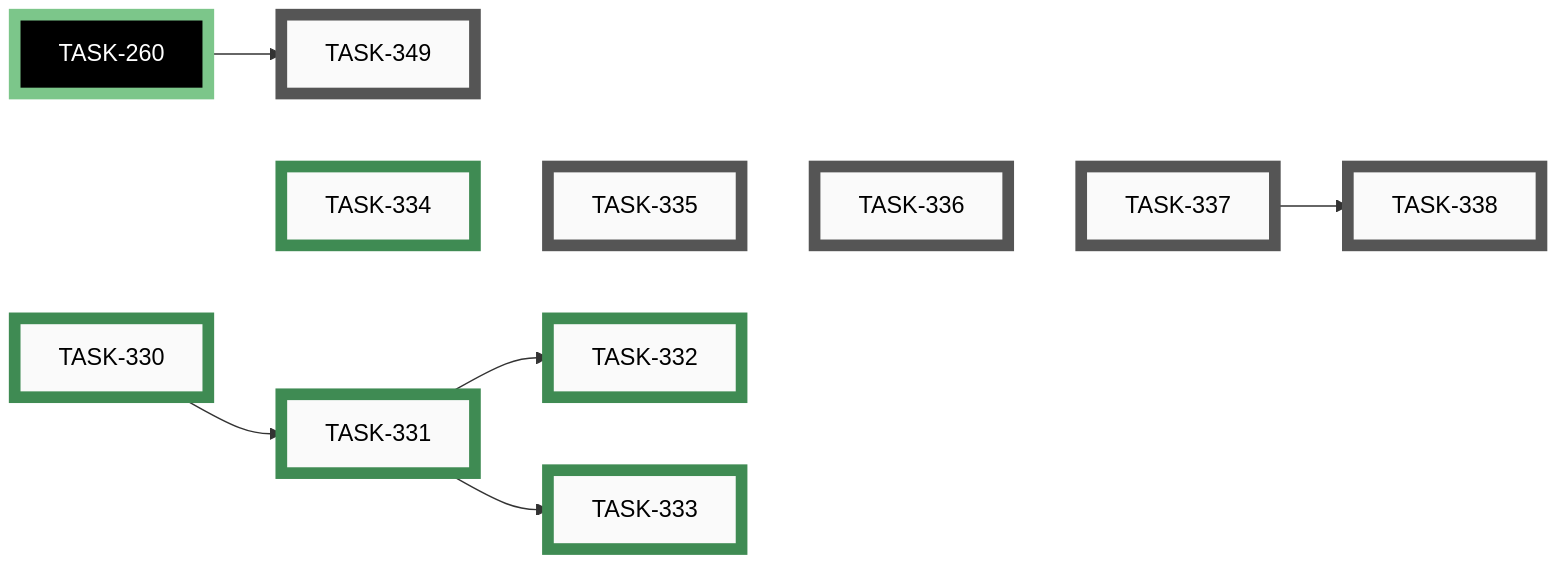
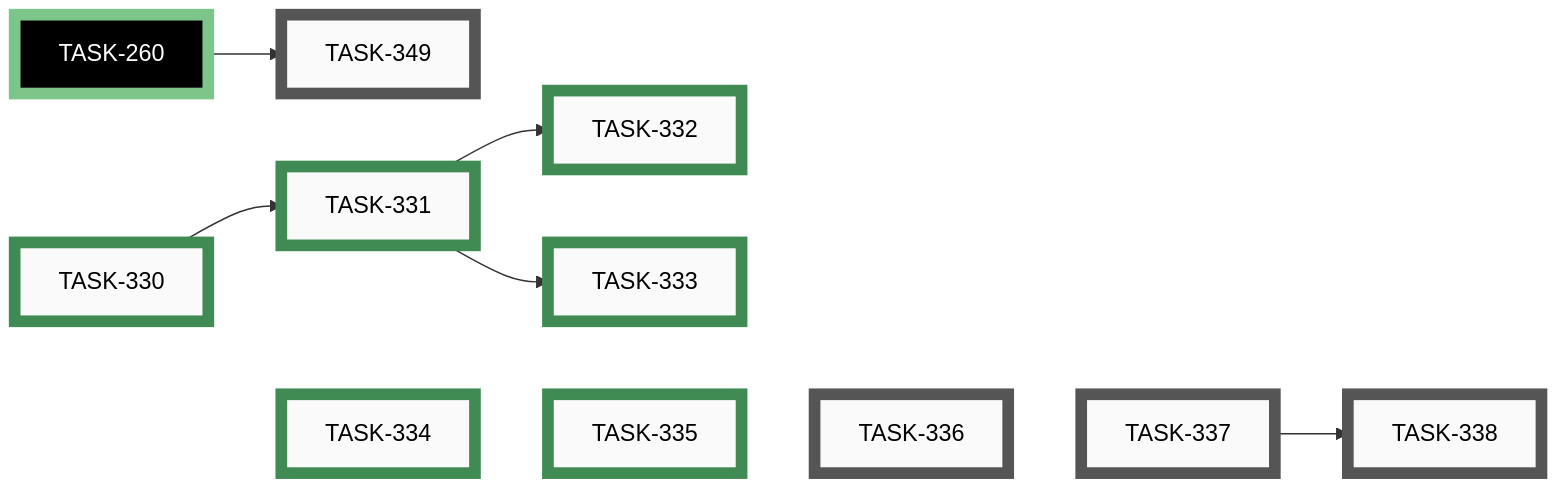
The eighth of 10 diagrams in docs/developers/tasks/EPICS.md (tgd1975/AwesomeStudioPedal), drawn with Mermaid before and after one commit. The commit also changed other lines of this file and 15 other files, not shown here.

First line of the commit message:
close TASK-335: Add connection status strip and details sheet

````diff
--- a/docs/developers/tasks/EPICS.md
+++ b/docs/developers/tasks/EPICS.md
@@ -296,39 +296,39 @@
 ```mermaid
 graph LR
-    TASK_335["TASK-335"]:::open
     TASK_336["TASK-336"]:::open
     TASK_337["TASK-337"]:::open
     TASK_338["TASK-338"]:::open
     TASK_349["TASK-349"]:::open
     TASK_330["TASK-330"]:::closed
     TASK_331["TASK-331"]:::closed
     TASK_332["TASK-332"]:::closed
     TASK_333["TASK-333"]:::closed
     TASK_334["TASK-334"]:::closed
+    TASK_335["TASK-335"]:::closed
     TASK_260["TASK-260"]:::closedExt
     TASK_337 --> TASK_338
     TASK_260 --> TASK_349
     TASK_330 --> TASK_331
     TASK_331 --> TASK_332
     TASK_331 --> TASK_333
     TASK_330 ~~~ TASK_334 ~~~ TASK_335 ~~~ TASK_336 ~~~ TASK_337
-    click TASK_335 "open/task-335-add-connection-status-strip-and-details-sheet.md"
     click TASK_336 "open/task-336-add-connected-pedal-page-board-only.md"
     click TASK_337 "open/task-337-firmware-expose-version-config-active-profile.md"
     click TASK_338 "open/task-338-add-hid-display-table-and-live-keystroke-page.md"
     click TASK_349 "open/task-349-display-unified-version-in-mobile-app.md"
     click TASK_330 "closed/task-330-decide-content-page-open-questions.md"
     click TASK_331 "closed/task-331-add-info-about-page.md"
     click TASK_332 "closed/task-332-add-howto-quickstart-page.md"
     click TASK_333 "closed/task-333-add-profiles-troubleshooting-legal-pages.md"
     click TASK_334 "closed/task-334-add-startup-splash-screen.md"
+    click TASK_335 "closed/task-335-add-connection-status-strip-and-details-sheet.md"
     click TASK_260 "closed/task-260-unify-version-numbers-across-deliverables.md"
     classDef open    fill:#FAFAFA,stroke:#555,stroke-width:8px,color:#000
     classDef active  fill:#FAFAFA,stroke:#1A6FA8,stroke-width:8px,color:#000
     classDef closed  fill:#FAFAFA,stroke:#3F8B53,stroke-width:8px,color:#000
     classDef paused  fill:#FAFAFA,stroke:#B07810,stroke-width:8px,color:#000
     classDef openExt    fill:#000,stroke:#888,stroke-width:8px,color:#FFF
     classDef activeExt  fill:#000,stroke:#3FA9F5,stroke-width:8px,color:#FFF
     classDef closedExt  fill:#000,stroke:#7CC68A,stroke-width:8px,color:#FFF
     classDef pausedExt  fill:#000,stroke:#F0B030,stroke-width:8px,color:#FFF
 ```
````
